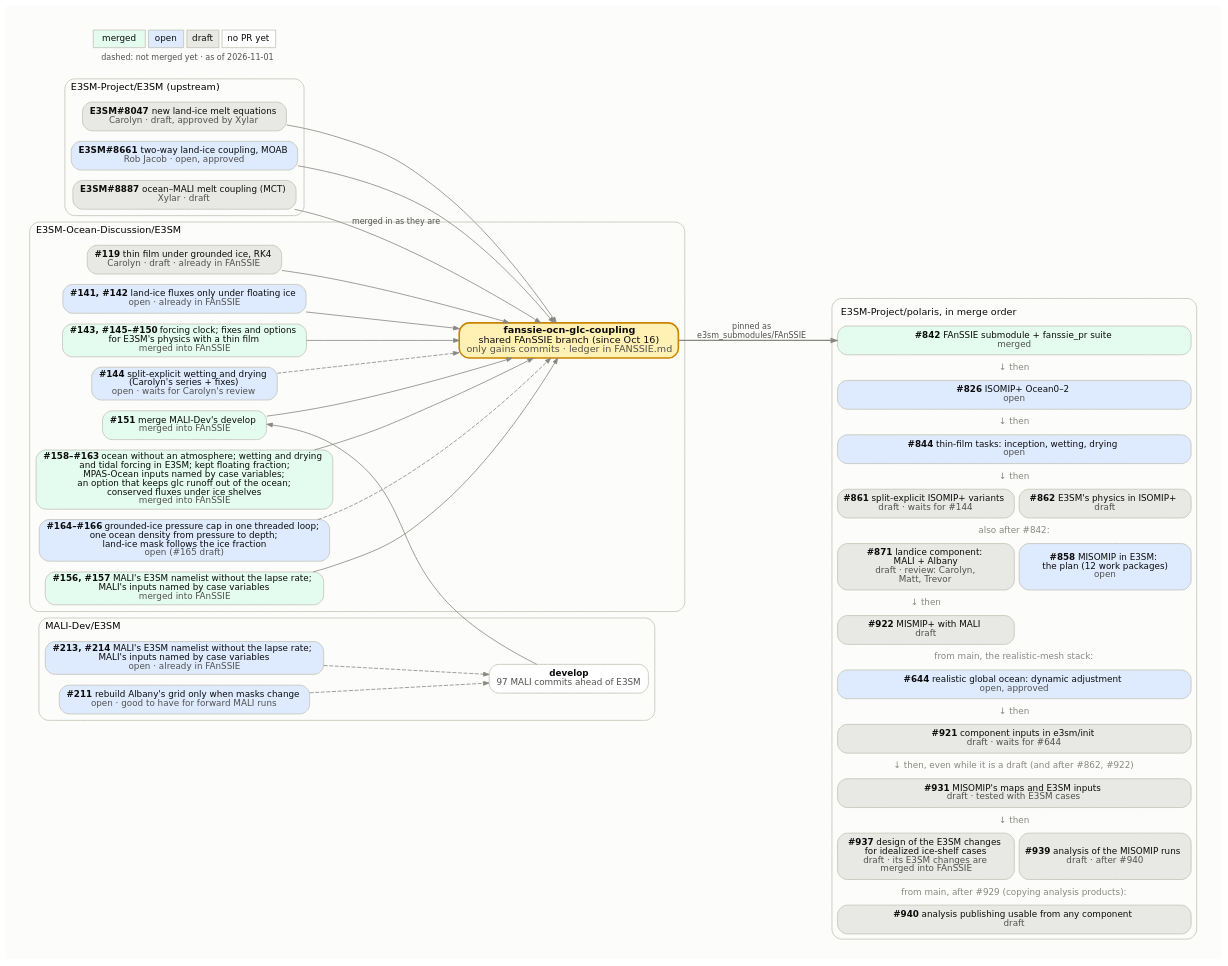
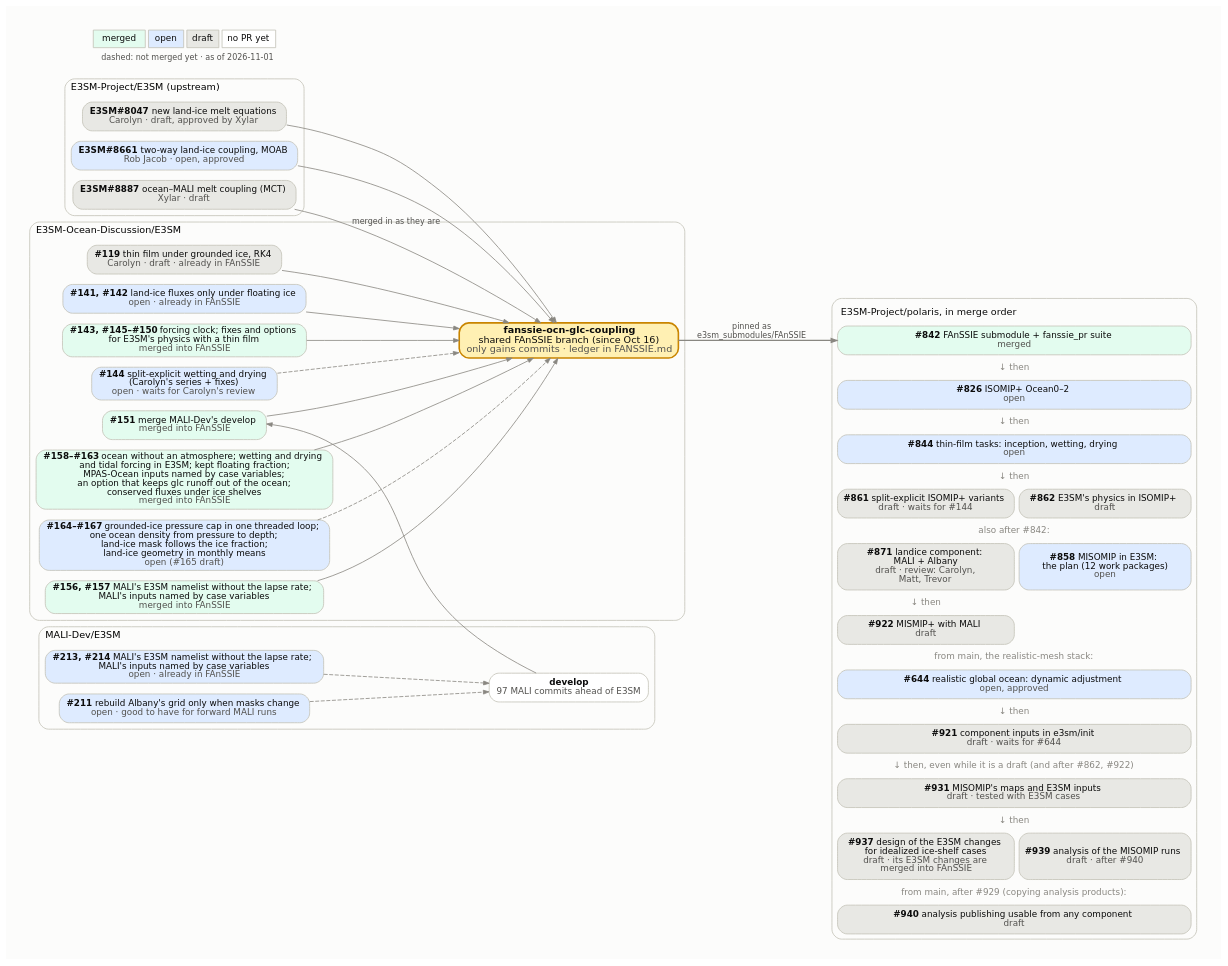
One commit to E3SM-Project/polaris changed the diagram in docs/design_docs/misomip/code_flow.dot. Above: the diagram before and after it, drawn with Graphviz. The commit also changed 3 other files, not shown here.

Commit message:
Show the monthly-geometry pull request in the MISOMIP figures

```diff
--- a/docs/design_docs/misomip/code_flow.dot
+++ b/docs/design_docs/misomip/code_flow.dot
@@ -1,107 +1,107 @@
 // How the upstream E3SM PRs, the E3SM-Ocean-Discussion PRs, the
 // fanssie-ocn-glc-coupling branch and the Polaris PRs fit together.
 //
 // Regenerate with Graphviz 14 (Chrysalis's /usr/bin/dot 2.40 lays it out
 // wider), with the text drawn as paths so it looks the same everywhere:
 //
 //     pixi exec -s graphviz dot -Tsvg:cairo code_flow.dot -o code_flow.svg
 //
 // Fill by state: merged #e3fcef, open #deebff, draft #e8e8e4, no PR yet
 // #ffffff. Dashed edges into the FAnSSIE branch mark PRs not merged into it
 // yet. The Polaris side is one HTML-table node, in merge order, because
 // Graphviz would not keep separate boxes in that order. Update the date in
 // the legend.
 digraph fanssie {
   rankdir=LR;
   bgcolor="#fcfcfb";
   pad=0.3;
   nodesep=0.18;
   ranksep=0.7;
   fontname="DejaVu Sans";
   node [shape=box, style="rounded,filled", fontname="DejaVu Sans",
         fontsize=11, color="#c3c2b7", fontcolor="#0b0b0b", penwidth=1,
         margin="0.12,0.06"];
   edge [color="#898781", arrowsize=0.7, fontname="DejaVu Sans",
         fontsize=10, fontcolor="#52514e"];
 
   subgraph cluster_upstream {
     label="E3SM-Project/E3SM (upstream)";
     labeljust=l; fontsize=12; color="#c3c2b7"; style="rounded";
     e8047 [label=<<b>E3SM#8047</b>  new land-ice melt equations<br/><font color="#52514e">Carolyn · draft, approved by Xylar</font>>, fillcolor="#e8e8e4"];
     e8661 [label=<<b>E3SM#8661</b>  two-way land-ice coupling, MOAB<br/><font color="#52514e">Rob Jacob · open, approved</font>>, fillcolor="#deebff"];
     e8887 [label=<<b>E3SM#8887</b>  ocean–MALI melt coupling (MCT)<br/><font color="#52514e">Xylar · draft</font>>, fillcolor="#e8e8e4"];
   }
 
   subgraph cluster_malidev {
     label="MALI-Dev/E3SM";
     labeljust=l; fontsize=12; color="#c3c2b7"; style="rounded";
     malidev [label=<<b>develop</b><br/><font color="#52514e">97 MALI commits ahead of E3SM</font>>, fillcolor="#ffffff"];
     m213 [label=<<b>#213, #214</b>  MALI's E3SM namelist without the lapse rate;<br/>MALI's inputs named by case variables<br/><font color="#52514e">open · already in FAnSSIE</font>>, fillcolor="#deebff"];
     m211 [label=<<b>#211</b>  rebuild Albany's grid only when masks change<br/><font color="#52514e">open · good to have for forward MALI runs</font>>, fillcolor="#deebff"];
   }
 
   subgraph cluster_eod {
     label="E3SM-Ocean-Discussion/E3SM";
     labeljust=l; fontsize=12; color="#c3c2b7"; style="rounded";
     d119 [label=<<b>#119</b>  thin film under grounded ice, RK4<br/><font color="#52514e">Carolyn · draft · already in FAnSSIE</font>>, fillcolor="#e8e8e4"];
     d141 [label=<<b>#141, #142</b>  land-ice fluxes only under floating ice<br/><font color="#52514e">open · already in FAnSSIE</font>>, fillcolor="#deebff"];
     d143 [label=<<b>#143, #145–#150</b>  forcing clock; fixes and options<br/>for E3SM's physics with a thin film<br/><font color="#52514e">merged into FAnSSIE</font>>, fillcolor="#e3fcef"];
     d144 [label=<<b>#144</b>  split-explicit wetting and drying<br/>(Carolyn's series + fixes)<br/><font color="#52514e">open · waits for Carolyn's review</font>>, fillcolor="#deebff"];
     d151 [label=<<b>#151</b>  merge MALI-Dev's develop<br/><font color="#52514e">merged into FAnSSIE</font>>, fillcolor="#e3fcef"];
     d158 [label=<<b>#158–#163</b>  ocean without an atmosphere; wetting and drying<br/>and tidal forcing in E3SM; kept floating fraction;<br/>MPAS-Ocean inputs named by case variables;<br/>an option that keeps glc runoff out of the ocean;<br/>conserved fluxes under ice shelves<br/><font color="#52514e">merged into FAnSSIE</font>>, fillcolor="#e3fcef"];
-    d164 [label=<<b>#164–#166</b>  grounded-ice pressure cap in one threaded loop;<br/>one ocean density from pressure to depth;<br/>land-ice mask follows the ice fraction<br/><font color="#52514e">open (#165 draft)</font>>, fillcolor="#deebff"];
+    d164 [label=<<b>#164–#167</b>  grounded-ice pressure cap in one threaded loop;<br/>one ocean density from pressure to depth;<br/>land-ice mask follows the ice fraction;<br/>land-ice geometry in monthly means<br/><font color="#52514e">open (#165 draft)</font>>, fillcolor="#deebff"];
     d156 [label=<<b>#156, #157</b>  MALI's E3SM namelist without the lapse rate;<br/>MALI's inputs named by case variables<br/><font color="#52514e">merged into FAnSSIE</font>>, fillcolor="#e3fcef"];
     fanssie [label=<<b>fanssie-ocn-glc-coupling</b><br/>shared FAnSSIE branch (since Oct 16)<br/><font color="#52514e">only gains commits · ledger in FANSSIE.md</font>>,
              fillcolor="#fff0b3", penwidth=2, color="#c98500", fontsize=12];
   }
 
   polaris [shape=plaintext, style="", label=<
     <table border="1" color="#c3c2b7" style="rounded" cellborder="1" cellspacing="6" cellpadding="4" bgcolor="#fcfcfb">
       <tr><td border="0" colspan="2" align="left"><font point-size="12">E3SM-Project/polaris, in merge order</font></td></tr>
       <tr><td port="p842" bgcolor="#e3fcef" colspan="2" style="rounded" cellpadding="6"><b>#842</b>  FAnSSIE submodule + fanssie_pr suite<br/><font color="#52514e">merged</font></td></tr>
       <tr><td border="0" colspan="2"><font color="#898781">↓ then</font></td></tr>
       <tr><td port="p826" bgcolor="#deebff" colspan="2" style="rounded" cellpadding="6"><b>#826</b>  ISOMIP+ Ocean0–2<br/><font color="#52514e">open</font></td></tr>
       <tr><td border="0" colspan="2"><font color="#898781">↓ then</font></td></tr>
       <tr><td port="p844" bgcolor="#deebff" colspan="2" style="rounded" cellpadding="6"><b>#844</b>  thin-film tasks: inception, wetting, drying<br/><font color="#52514e">open</font></td></tr>
       <tr><td border="0" colspan="2"><font color="#898781">↓ then</font></td></tr>
       <tr><td port="p861" bgcolor="#e8e8e4" colspan="1" style="rounded" cellpadding="6"><b>#861</b>  split-explicit ISOMIP+ variants<br/><font color="#52514e">draft · waits for #144</font></td><td port="p862" bgcolor="#e8e8e4" colspan="1" style="rounded" cellpadding="6"><b>#862</b>  E3SM's physics in ISOMIP+<br/><font color="#52514e">draft</font></td></tr>
       <tr><td border="0" colspan="2"><font color="#898781">also after #842:</font></td></tr>
       <tr><td port="p871" bgcolor="#e8e8e4" colspan="1" style="rounded" cellpadding="6"><b>#871</b>  landice component:<br/>MALI + Albany<br/><font color="#52514e">draft · review: Carolyn,<br/>Matt, Trevor</font></td><td port="p858" bgcolor="#deebff" colspan="1" style="rounded" cellpadding="6"><b>#858</b>  MISOMIP in E3SM:<br/>the plan (12 work packages)<br/><font color="#52514e">open</font></td></tr>
       <tr><td border="0" colspan="1"><font color="#898781">↓ then</font></td><td border="0" colspan="1"></td></tr>
       <tr><td port="p922" bgcolor="#e8e8e4" colspan="1" style="rounded" cellpadding="6"><b>#922</b>  MISMIP+ with MALI<br/><font color="#52514e">draft</font></td><td border="0" colspan="1"></td></tr>
       <tr><td border="0" colspan="2"><font color="#898781">from main, the realistic-mesh stack:</font></td></tr>
       <tr><td port="p644" bgcolor="#deebff" colspan="2" style="rounded" cellpadding="6"><b>#644</b>  realistic global ocean: dynamic adjustment<br/><font color="#52514e">open, approved</font></td></tr>
       <tr><td border="0" colspan="2"><font color="#898781">↓ then</font></td></tr>
       <tr><td port="p921" bgcolor="#e8e8e4" colspan="2" style="rounded" cellpadding="6"><b>#921</b>  component inputs in e3sm/init<br/><font color="#52514e">draft · waits for #644</font></td></tr>
       <tr><td border="0" colspan="2"><font color="#898781">↓ then, even while it is a draft (and after #862, #922)</font></td></tr>
       <tr><td port="pwp56" bgcolor="#e8e8e4" colspan="2" style="rounded" cellpadding="6"><b>#931</b>  MISOMIP's maps and E3SM inputs<br/><font color="#52514e">draft · tested with E3SM cases</font></td></tr>
       <tr><td border="0" colspan="2"><font color="#898781">↓ then</font></td></tr>
       <tr><td port="pwp7" bgcolor="#e8e8e4" colspan="1" style="rounded" cellpadding="6"><b>#937</b>  design of the E3SM changes<br/>for idealized ice-shelf cases<br/><font color="#52514e">draft · its E3SM changes are<br/>merged into FAnSSIE</font></td><td port="pwp9" bgcolor="#e8e8e4" colspan="1" style="rounded" cellpadding="6"><b>#939</b>  analysis of the MISOMIP runs<br/><font color="#52514e">draft · after #940</font></td></tr>
       <tr><td border="0" colspan="2"><font color="#898781">from main, after #929 (copying analysis products):</font></td></tr>
       <tr><td port="p940" bgcolor="#e8e8e4" colspan="2" style="rounded" cellpadding="6"><b>#940</b>  analysis publishing usable from any component<br/><font color="#52514e">draft</font></td></tr>
     </table>>];
 
   e8047 -> fanssie;
   e8661 -> fanssie;
   e8887 -> fanssie [label="merged in as they are"];
   d119 -> fanssie;
   d141 -> fanssie;
   d143 -> fanssie;
   d144 -> fanssie [style=dashed];
   m211 -> malidev [style=dashed];
   m213 -> malidev [style=dashed];
   d156 -> fanssie;
   d158 -> fanssie;
   d164 -> fanssie [style=dashed];
   malidev -> d151 [constraint=false];
   d151 -> fanssie;
 
   fanssie -> polaris:p842 [label="pinned as
 e3sm_submodules/FAnSSIE", penwidth=1.5];
 
   legend [shape=plaintext, style="", label=<
     <table border="0" cellborder="1" cellspacing="4" cellpadding="4" color="#c3c2b7">
       <tr><td bgcolor="#e3fcef">merged</td><td bgcolor="#deebff">open</td><td bgcolor="#e8e8e4">draft</td><td bgcolor="#ffffff">no PR yet</td></tr>
       <tr><td colspan="4" border="0"><font point-size="10" color="#52514e">dashed: not merged yet · as of 2026-11-01</font></td></tr>
     </table>>];
 }
```
